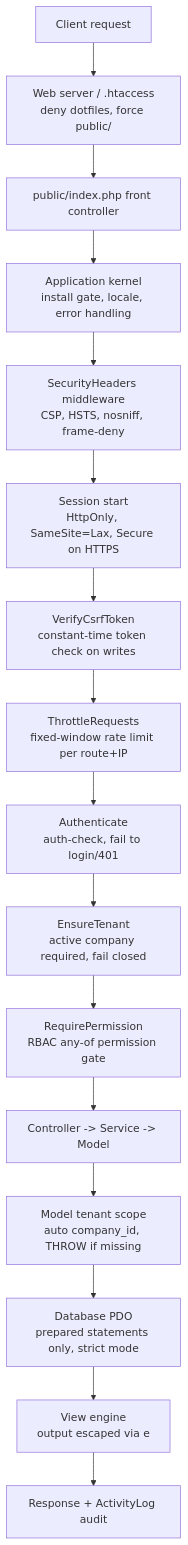
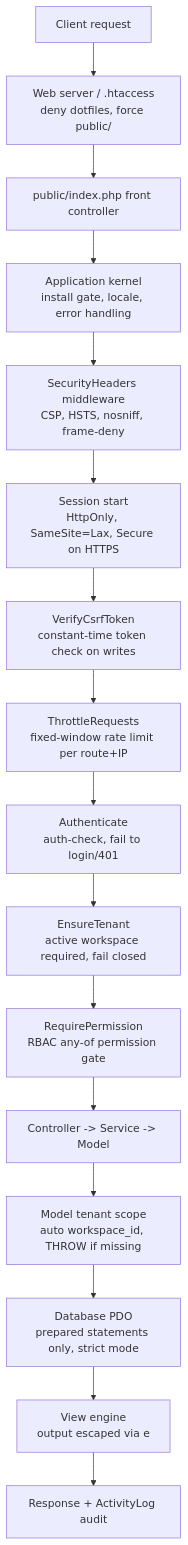
The first of 3 diagrams in docs/34-Security.md (ammarnabileg/crm), drawn with Mermaid before and after one commit. The commit also changed other lines of this file and 47 other files, not shown here.

````diff
--- a/docs/34-Security.md
+++ b/docs/34-Security.md
@@ -40,18 +40,18 @@
 ```mermaid
 flowchart TD
     A[Client request] --> B[Web server / .htaccess<br/>deny dotfiles, force public/]
     B --> C[public/index.php front controller]
     C --> D[Application kernel<br/>install gate, locale, error handling]
     D --> E[SecurityHeaders middleware<br/>CSP, HSTS, nosniff, frame-deny]
     E --> F[Session start<br/>HttpOnly, SameSite=Lax, Secure on HTTPS]
     F --> G[VerifyCsrfToken<br/>constant-time token check on writes]
     G --> H[ThrottleRequests<br/>fixed-window rate limit per route+IP]
     H --> I[Authenticate<br/>auth-check, fail to login/401]
-    I --> J[EnsureTenant<br/>active company required, fail closed]
+    I --> J[EnsureTenant<br/>active workspace required, fail closed]
     J --> K[RequirePermission<br/>RBAC any-of permission gate]
     K --> L[Controller -> Service -> Model]
-    L --> M[Model tenant scope<br/>auto company_id, THROW if missing]
+    L --> M[Model tenant scope<br/>auto workspace_id, THROW if missing]
     M --> N[Database PDO<br/>prepared statements only, strict mode]
     N --> O[View engine<br/>output escaped via e]
     O --> P[Response + ActivityLog audit]
 ```
````
